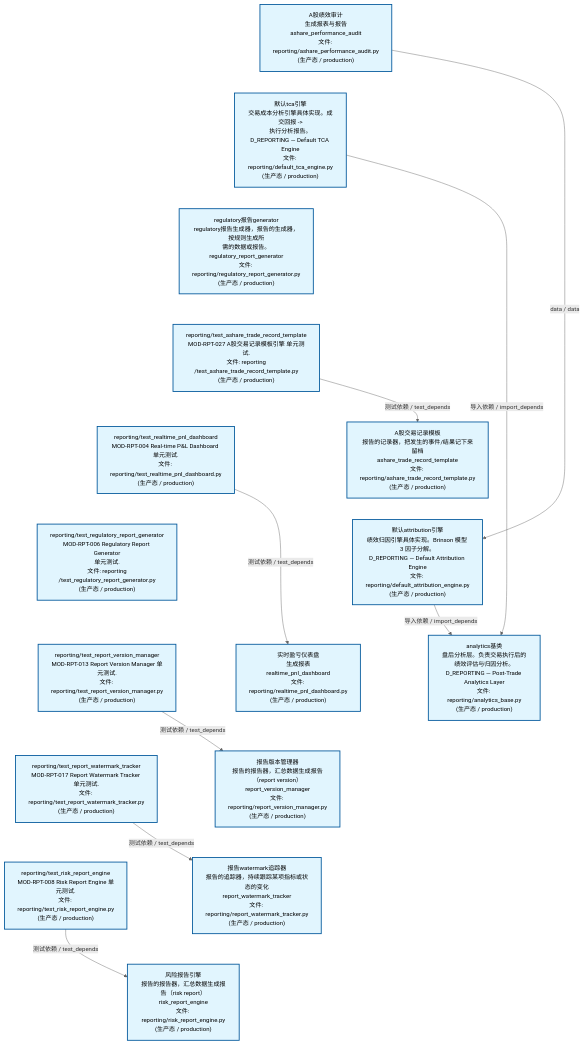
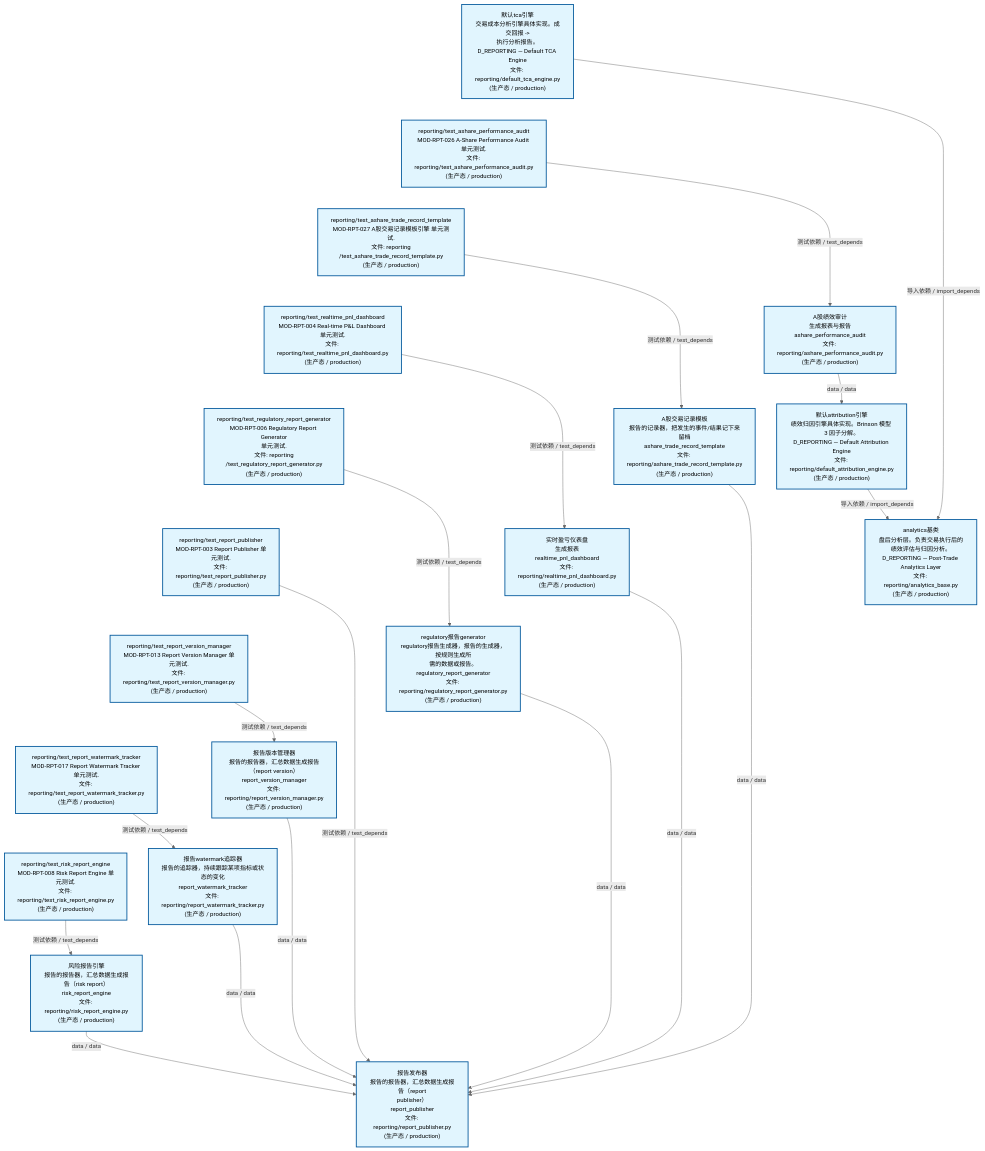
Before and after one commit to xuanFelixVan/ZephyrAlpha: the second of 4 diagrams in docs/02_enterprise_architecture/02_domain_architecture_docs/26_d_reporting.md, drawn with Mermaid. The commit also changed other lines of this file and 45 other files, not shown here.

````diff
--- a/docs/02_enterprise_architecture/02_domain_architecture_docs/26_d_reporting.md
+++ b/docs/02_enterprise_architecture/02_domain_architecture_docs/26_d_reporting.md
@@ -143,46 +149,60 @@
 ```mermaid
 %%{init: {'theme': 'base', 'themeVariables': {'primaryColor': '#eaeaea', 'primaryTextColor': '#333333', 'primaryBorderColor': '#666666', 'lineColor': '#666666', 'secondaryColor': '#eaeaea', 'tertiaryColor': '#eaeaea', 'fontSize': '14px'}}}%%
 flowchart TD
-    src_zephyr_reporting_ashare_performance_audit_py["A股绩效审计<br/>生成报表与报告<br/>ashare_performance_audit<br/>文件: reporting/ashare_performance_audit.py<br/>(生产态 / production)"]
     src_zephyr_reporting_default_tca_engine_py["默认tca引擎<br/>交易成本分析引擎具体实现。成交回报 -><br/>执行分析报告。<br/>D_REPORTING — Default TCA Engine<br/>文件: reporting/default_tca_engine.py<br/>(生产态 / production)"]
-    src_zephyr_reporting_regulatory_report_generator_py["regulatory报告generator<br/>regulatory报告生成器，报告的生成器，按规则生成所<br/>需的数据或报告。<br/>regulatory_report_generator<br/>文件: reporting/regulatory_report_generator.py<br/>(生产态 / production)"]
+    tests_reporting_test_ashare_performance_audit_py["reporting/test_ashare_performance_audit<br/>MOD-RPT-026 A-Share Performance Audit 单元测试.<br/>文件: reporting/test_ashare_performance_audit.py<br/>(生产态 / production)"]
     tests_reporting_test_ashare_trade_record_template_py["reporting/test_ashare_trade_record_template<br/>MOD-RPT-027 A股交易记录模板引擎 单元测试.<br/>文件: reporting<br/>/test_ashare_trade_record_template.py<br/>(生产态 / production)"]
     tests_reporting_test_realtime_pnl_dashboard_py["reporting/test_realtime_pnl_dashboard<br/>MOD-RPT-004 Real-time P&L Dashboard 单元测试.<br/>文件: reporting/test_realtime_pnl_dashboard.py<br/>(生产态 / production)"]
     tests_reporting_test_regulatory_report_generator_py["reporting/test_regulatory_report_generator<br/>MOD-RPT-006 Regulatory Report Generator<br/>单元测试.<br/>文件: reporting<br/>/test_regulatory_report_generator.py<br/>(生产态 / production)"]
+    tests_reporting_test_report_publisher_py["reporting/test_report_publisher<br/>MOD-RPT-003 Report Publisher 单元测试.<br/>文件: reporting/test_report_publisher.py<br/>(生产态 / production)"]
     tests_reporting_test_report_version_manager_py["reporting/test_report_version_manager<br/>MOD-RPT-013 Report Version Manager 单元测试.<br/>文件: reporting/test_report_version_manager.py<br/>(生产态 / production)"]
     tests_reporting_test_report_watermark_tracker_py["reporting/test_report_watermark_tracker<br/>MOD-RPT-017 Report Watermark Tracker 单元测试.<br/>文件: reporting/test_report_watermark_tracker.py<br/>(生产态 / production)"]
     tests_reporting_test_risk_report_engine_py["reporting/test_risk_report_engine<br/>MOD-RPT-008 Risk Report Engine 单元测试.<br/>文件: reporting/test_risk_report_engine.py<br/>(生产态 / production)"]
-    src_zephyr_reporting_ashare_performance_audit_py ~~~ src_zephyr_reporting_default_tca_engine_py
-    src_zephyr_reporting_default_tca_engine_py ~~~ src_zephyr_reporting_regulatory_report_generator_py
-    src_zephyr_reporting_regulatory_report_generator_py ~~~ tests_reporting_test_ashare_trade_record_template_py
+    src_zephyr_reporting_default_tca_engine_py ~~~ tests_reporting_test_ashare_performance_audit_py
+    tests_reporting_test_ashare_performance_audit_py ~~~ tests_reporting_test_ashare_trade_record_template_py
     tests_reporting_test_ashare_trade_record_template_py ~~~ tests_reporting_test_realtime_pnl_dashboard_py
     tests_reporting_test_realtime_pnl_dashboard_py ~~~ tests_reporting_test_regulatory_report_generator_py
-    tests_reporting_test_regulatory_report_generator_py ~~~ tests_reporting_test_report_version_manager_py
+    tests_reporting_test_regulatory_report_generator_py ~~~ tests_reporting_test_report_publisher_py
+    tests_reporting_test_report_publisher_py ~~~ tests_reporting_test_report_version_manager_py
     tests_reporting_test_report_version_manager_py ~~~ tests_reporting_test_report_watermark_tracker_py
     tests_reporting_test_report_watermark_tracker_py ~~~ tests_reporting_test_risk_report_engine_py
+    src_zephyr_reporting_ashare_performance_audit_py["A股绩效审计<br/>生成报表与报告<br/>ashare_performance_audit<br/>文件: reporting/ashare_performance_audit.py<br/>(生产态 / production)"]
     src_zephyr_reporting_ashare_trade_record_template_py["A股交易记录模板<br/>报告的记录器，把发生的事件/结果记下来留档<br/>ashare_trade_record_template<br/>文件: reporting/ashare_trade_record_template.py<br/>(生产态 / production)"]
-    src_zephyr_reporting_default_attribution_engine_py["默认attribution引擎<br/>绩效归因引擎具体实现。Brinson 模型 3 因子分解。<br/>D_REPORTING — Default Attribution Engine<br/>文件: reporting/default_attribution_engine.py<br/>(生产态 / production)"]
     src_zephyr_reporting_realtime_pnl_dashboard_py["实时盈亏仪表盘<br/>生成报表<br/>realtime_pnl_dashboard<br/>文件: reporting/realtime_pnl_dashboard.py<br/>(生产态 / production)"]
+    src_zephyr_reporting_regulatory_report_generator_py["regulatory报告generator<br/>regulatory报告生成器，报告的生成器，按规则生成所<br/>需的数据或报告。<br/>regulatory_report_generator<br/>文件: reporting/regulatory_report_generator.py<br/>(生产态 / production)"]
     src_zephyr_reporting_report_version_manager_py["报告版本管理器<br/>报告的报告器，汇总数据生成报告（report version）<br/>report_version_manager<br/>文件: reporting/report_version_manager.py<br/>(生产态 / production)"]
     src_zephyr_reporting_report_watermark_tracker_py["报告watermark追踪器<br/>报告的追踪器，持续跟踪某项指标或状态的变化<br/>report_watermark_tracker<br/>文件: reporting/report_watermark_tracker.py<br/>(生产态 / production)"]
     src_zephyr_reporting_risk_report_engine_py["风险报告引擎<br/>报告的报告器，汇总数据生成报告（risk report）<br/>risk_report_engine<br/>文件: reporting/risk_report_engine.py<br/>(生产态 / production)"]
-    src_zephyr_reporting_ashare_trade_record_template_py ~~~ src_zephyr_reporting_default_attribution_engine_py
-    src_zephyr_reporting_default_attribution_engine_py ~~~ src_zephyr_reporting_realtime_pnl_dashboard_py
-    src_zephyr_reporting_realtime_pnl_dashboard_py ~~~ src_zephyr_reporting_report_version_manager_py
+    src_zephyr_reporting_ashare_performance_audit_py ~~~ src_zephyr_reporting_ashare_trade_record_template_py
+    src_zephyr_reporting_ashare_trade_record_template_py ~~~ src_zephyr_reporting_realtime_pnl_dashboard_py
+    src_zephyr_reporting_realtime_pnl_dashboard_py ~~~ src_zephyr_reporting_regulatory_report_generator_py
+    src_zephyr_reporting_regulatory_report_generator_py ~~~ src_zephyr_reporting_report_version_manager_py
     src_zephyr_reporting_report_version_manager_py ~~~ src_zephyr_reporting_report_watermark_tracker_py
     src_zephyr_reporting_report_watermark_tracker_py ~~~ src_zephyr_reporting_risk_report_engine_py
+    src_zephyr_reporting_default_attribution_engine_py["默认attribution引擎<br/>绩效归因引擎具体实现。Brinson 模型 3 因子分解。<br/>D_REPORTING — Default Attribution Engine<br/>文件: reporting/default_attribution_engine.py<br/>(生产态 / production)"]
+    src_zephyr_reporting_report_publisher_py["报告发布器<br/>报告的报告器，汇总数据生成报告（report<br/>publisher）<br/>report_publisher<br/>文件: reporting/report_publisher.py<br/>(生产态 / production)"]
+    src_zephyr_reporting_default_attribution_engine_py ~~~ src_zephyr_reporting_report_publisher_py
     src_zephyr_reporting_analytics_base_py["analytics基类<br/>盘后分析层。负责交易执行后的绩效评估与归因分析。<br/>D_REPORTING — Post-Trade Analytics Layer<br/>文件: reporting/analytics_base.py<br/>(生产态 / production)"]
+    src_zephyr_reporting_ashare_trade_record_template_py -->|data / data| src_zephyr_reporting_report_publisher_py
+    src_zephyr_reporting_default_tca_engine_py -->|导入依赖 / import_depends| src_zephyr_reporting_analytics_base_py
+    src_zephyr_reporting_default_attribution_engine_py -->|导入依赖 / import_depends| src_zephyr_reporting_analytics_base_py
+    src_zephyr_reporting_realtime_pnl_dashboard_py -->|data / data| src_zephyr_reporting_report_publisher_py
+    src_zephyr_reporting_regulatory_report_generator_py -->|data / data| src_zephyr_reporting_report_publisher_py
+    src_zephyr_reporting_report_version_manager_py -->|data / data| src_zephyr_reporting_report_publisher_py
+    src_zephyr_reporting_report_watermark_tracker_py -->|data / data| src_zephyr_reporting_report_publisher_py
+    src_zephyr_reporting_risk_report_engine_py -->|data / data| src_zephyr_reporting_report_publisher_py
     src_zephyr_reporting_ashare_performance_audit_py -->|data / data| src_zephyr_reporting_default_attribution_engine_py
-    src_zephyr_reporting_default_attribution_engine_py -->|导入依赖 / import_depends| src_zephyr_reporting_analytics_base_py
-    src_zephyr_reporting_default_tca_engine_py -->|导入依赖 / import_depends| src_zephyr_reporting_analytics_base_py
+    tests_reporting_test_ashare_trade_record_template_py -->|测试依赖 / test_depends| src_zephyr_reporting_ashare_trade_record_template_py
+    tests_reporting_test_realtime_pnl_dashboard_py -->|测试依赖 / test_depends| src_zephyr_reporting_realtime_pnl_dashboard_py
     tests_reporting_test_report_version_manager_py -->|测试依赖 / test_depends| src_zephyr_reporting_report_version_manager_py
+    tests_reporting_test_risk_report_engine_py -->|测试依赖 / test_depends| src_zephyr_reporting_risk_report_engine_py
+    tests_reporting_test_regulatory_report_generator_py -->|测试依赖 / test_depends| src_zephyr_reporting_regulatory_report_generator_py
     tests_reporting_test_report_watermark_tracker_py -->|测试依赖 / test_depends| src_zephyr_reporting_report_watermark_tracker_py
-    tests_reporting_test_realtime_pnl_dashboard_py -->|测试依赖 / test_depends| src_zephyr_reporting_realtime_pnl_dashboard_py
-    tests_reporting_test_risk_report_engine_py -->|测试依赖 / test_depends| src_zephyr_reporting_risk_report_engine_py
-    tests_reporting_test_ashare_trade_record_template_py -->|测试依赖 / test_depends| src_zephyr_reporting_ashare_trade_record_template_py
+    tests_reporting_test_report_publisher_py -->|测试依赖 / test_depends| src_zephyr_reporting_report_publisher_py
+    tests_reporting_test_ashare_performance_audit_py -->|测试依赖 / test_depends| src_zephyr_reporting_ashare_performance_audit_py
     classDef production fill:#e1f5fe,stroke:#01579b,stroke-width:2px,color:#000
     classDef design fill:#fff3e0,stroke:#e65100,stroke-width:2px,color:#000,stroke-dasharray: 5 5
     classDef external_prod fill:#e8f4fd,stroke:#0277bd,stroke-width:1px,color:#000
     classDef external_design fill:#fff8e7,stroke:#ef6c00,stroke-width:1px,color:#000,stroke-dasharray: 5 5
-    class src_zephyr_reporting_analytics_base_py,src_zephyr_reporting_ashare_performance_audit_py,src_zephyr_reporting_ashare_trade_record_template_py,src_zephyr_reporting_default_attribution_engine_py,src_zephyr_reporting_default_tca_engine_py,src_zephyr_reporting_realtime_pnl_dashboard_py,src_zephyr_reporting_regulatory_report_generator_py,src_zephyr_reporting_report_version_manager_py,src_zephyr_reporting_report_watermark_tracker_py,src_zephyr_reporting_risk_report_engine_py,tests_reporting_test_ashare_trade_record_template_py,tests_reporting_test_realtime_pnl_dashboard_py,tests_reporting_test_regulatory_report_generator_py,tests_reporting_test_report_version_manager_py,tests_reporting_test_report_watermark_tracker_py,tests_reporting_test_risk_report_engine_py production
+    class src_zephyr_reporting_analytics_base_py,src_zephyr_reporting_ashare_performance_audit_py,src_zephyr_reporting_ashare_trade_record_template_py,src_zephyr_reporting_default_attribution_engine_py,src_zephyr_reporting_default_tca_engine_py,src_zephyr_reporting_realtime_pnl_dashboard_py,src_zephyr_reporting_regulatory_report_generator_py,src_zephyr_reporting_report_publisher_py,src_zephyr_reporting_report_version_manager_py,src_zephyr_reporting_report_watermark_tracker_py,src_zephyr_reporting_risk_report_engine_py,tests_reporting_test_ashare_performance_audit_py,tests_reporting_test_ashare_trade_record_template_py,tests_reporting_test_realtime_pnl_dashboard_py,tests_reporting_test_regulatory_report_generator_py,tests_reporting_test_report_publisher_py,tests_reporting_test_report_version_manager_py,tests_reporting_test_report_watermark_tracker_py,tests_reporting_test_risk_report_engine_py production
 ```
````
